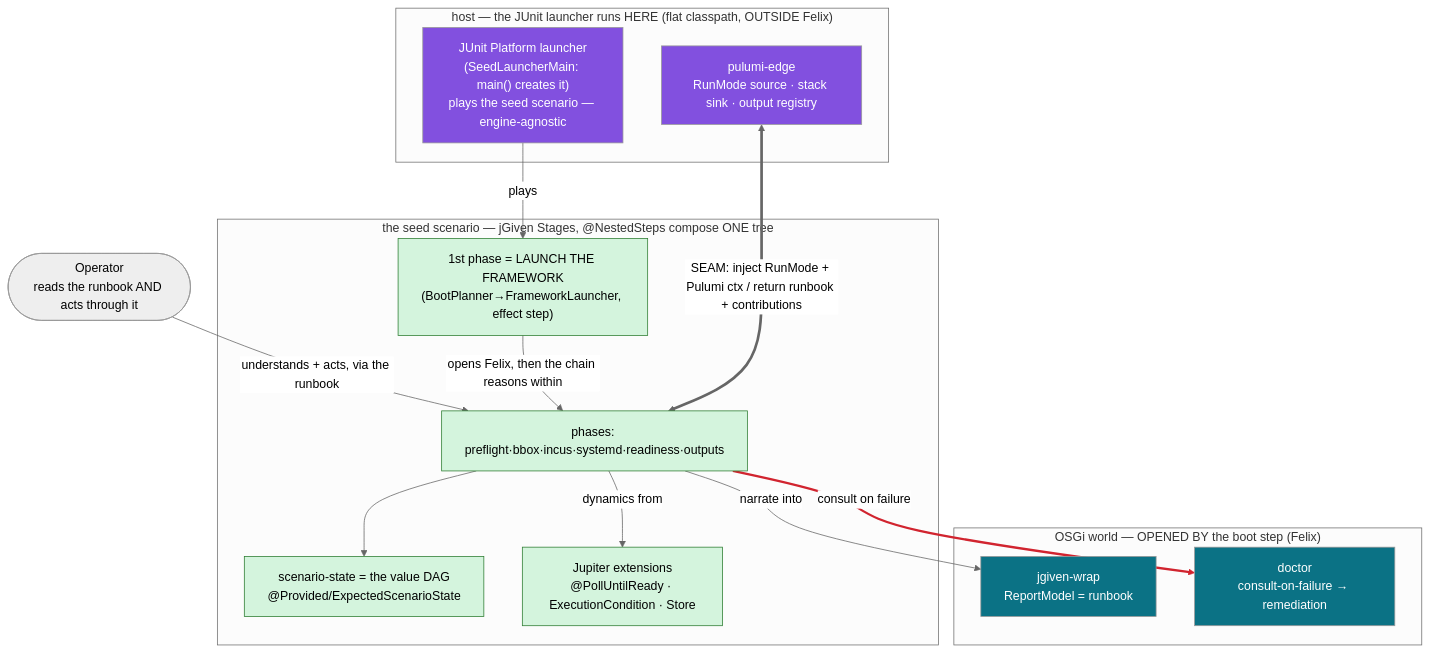
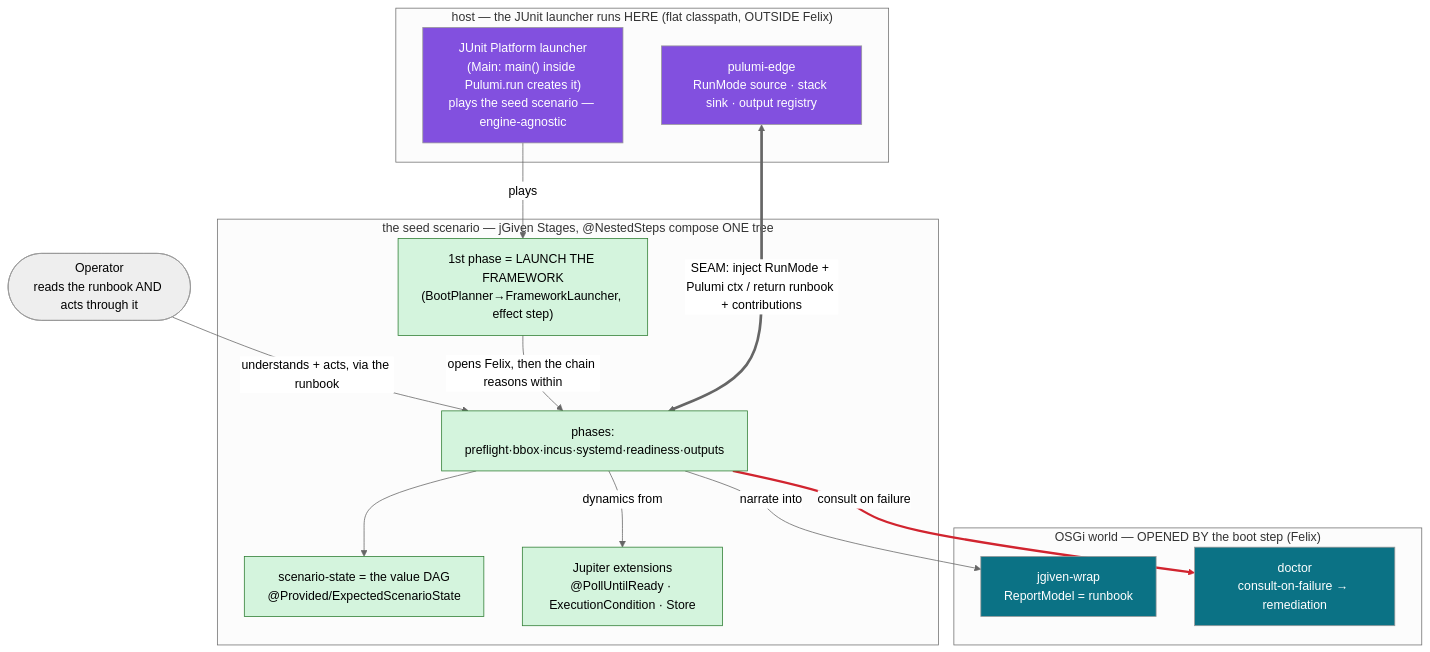
One commit to nxmatic/rke2lab changed the third of 4 diagrams in docs/architecture/bdd/bdd.adoc. Above: the diagram before and after it, drawn with Mermaid (neutral theme). The commit also changed other lines of this file and 3 other files, not shown here.

```diff
--- a/docs/architecture/bdd/bdd.adoc
+++ b/docs/architecture/bdd/bdd.adoc
@@ -290,36 +291,36 @@
 [mermaid]
 ....
 flowchart TB
   operator(["Operator<br/>reads the runbook AND acts through it"])
   subgraph host["host — the JUnit launcher runs HERE (flat classpath, OUTSIDE Felix)"]
-    launch["JUnit Platform launcher<br/>(SeedLauncherMain: main() creates it)<br/>plays the seed scenario — engine-agnostic"]
+    launch["JUnit Platform launcher<br/>(Main: main() inside Pulumi.run creates it)<br/>plays the seed scenario — engine-agnostic"]
     edge["pulumi-edge<br/>RunMode source · stack sink · output registry"]
   end
   subgraph scn["the seed scenario — jGiven Stages, @NestedSteps compose ONE tree"]
     boot["1st phase = LAUNCH THE FRAMEWORK<br/>(BootPlanner→FrameworkLauncher, effect step)"]
     phases["phases: preflight·bbox·incus·systemd·readiness·outputs"]
     state["scenario-state = the value DAG<br/>@Provided/ExpectedScenarioState"]
     ext["Jupiter extensions<br/>@PollUntilReady · ExecutionCondition · Store"]
   end
   subgraph osgi["OSGi world — OPENED BY the boot step (Felix)"]
     jg["jgiven-wrap<br/>ReportModel = runbook"]
     doctor["doctor<br/>consult-on-failure → remediation"]
   end
   operator -->|understands + acts, via the runbook| phases
   launch -->|plays| boot
   boot -->|opens Felix, then the chain reasons within| phases
   phases --> state
   phases -->|dynamics from| ext
   phases -->|narrate into| jg
   phases -->|consult on failure| doctor
   edge <==>|"SEAM: inject RunMode + Pulumi ctx / return runbook + contributions"| phases
   classDef world fill:#0b7285,color:#fff;
   classDef hostc fill:#8250df,color:#fff;
   classDef scnc fill:#d4f4dd,stroke:#2e7d32,color:#000;
   classDef person fill:#eee,stroke:#999,color:#000;
   class jg,doctor world
   class launch,edge hostc
   class boot,phases,state,ext scnc
   class operator person
   linkStyle 6 stroke:#d1242f,stroke-width:3px;
 ....
```
